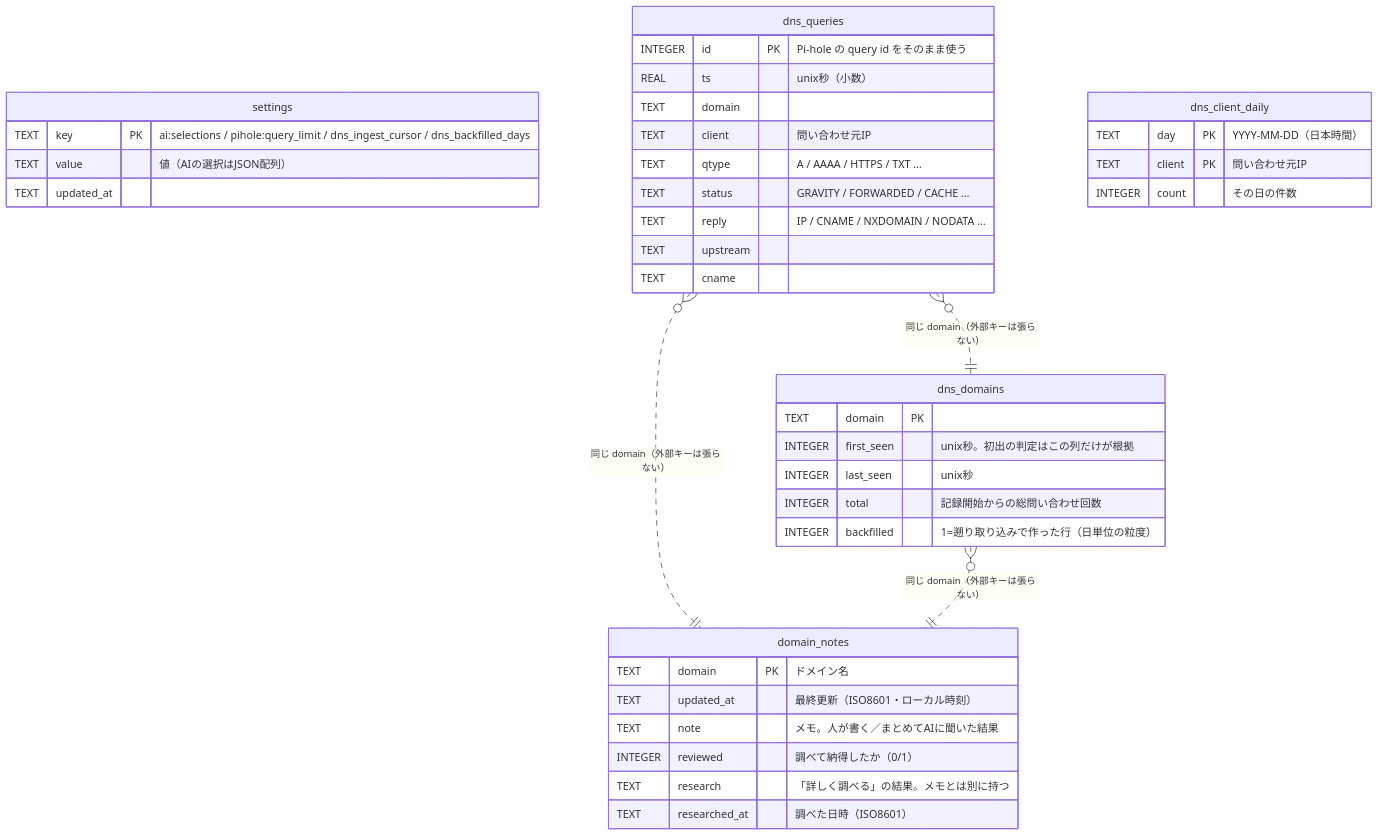
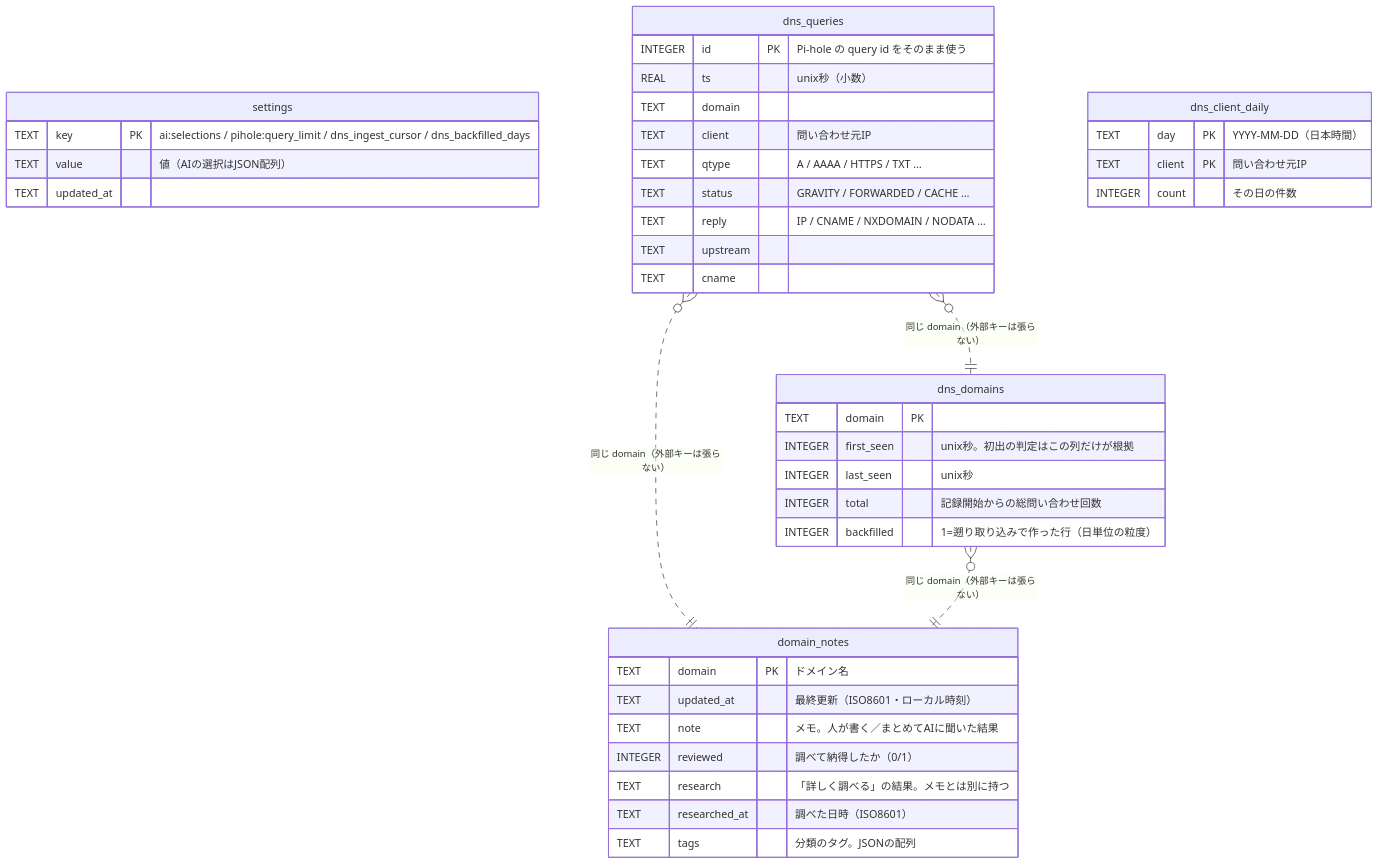
The diagram in docs/database.md (rtcode337/pihole-monitor), drawn with Mermaid before and after one commit. The commit also changed other lines of this file and 9 other files, not shown here.

````diff
--- a/docs/database.md
+++ b/docs/database.md
@@ -20,43 +20,44 @@
 ```mermaid
 erDiagram
     domain_notes {
         TEXT domain PK "ドメイン名"
         TEXT updated_at "最終更新（ISO8601・ローカル時刻）"
         TEXT note "メモ。人が書く／まとめてAIに聞いた結果"
         INTEGER reviewed "調べて納得したか（0/1）"
         TEXT research "「詳しく調べる」の結果。メモとは別に持つ"
         TEXT researched_at "調べた日時（ISO8601）"
+        TEXT tags "分類のタグ。JSONの配列"
     }
     settings {
         TEXT key PK "ai:selections / pihole:query_limit / dns_ingest_cursor / dns_backfilled_days"
         TEXT value "値（AIの選択はJSON配列）"
         TEXT updated_at
     }
     dns_queries {
         INTEGER id PK "Pi-hole の query id をそのまま使う"
         REAL ts "unix秒（小数）"
         TEXT domain
         TEXT client "問い合わせ元IP"
         TEXT qtype "A / AAAA / HTTPS / TXT …"
         TEXT status "GRAVITY / FORWARDED / CACHE …"
         TEXT reply "IP / CNAME / NXDOMAIN / NODATA …"
         TEXT upstream
         TEXT cname
     }
     dns_domains {
         TEXT domain PK
         INTEGER first_seen "unix秒。初出の判定はこの列だけが根拠"
         INTEGER last_seen "unix秒"
         INTEGER total "記録開始からの総問い合わせ回数"
         INTEGER backfilled "1=遡り取り込みで作った行（日単位の粒度）"
     }
     dns_client_daily {
         TEXT day PK "YYYY-MM-DD（日本時間）"
         TEXT client PK "問い合わせ元IP"
         INTEGER count "その日の件数"
     }
 
     dns_queries }o..|| dns_domains : "同じ domain（外部キーは張らない）"
     dns_queries }o..|| domain_notes : "同じ domain（外部キーは張らない）"
     dns_domains }o..|| domain_notes : "同じ domain（外部キーは張らない）"
 ```
````
